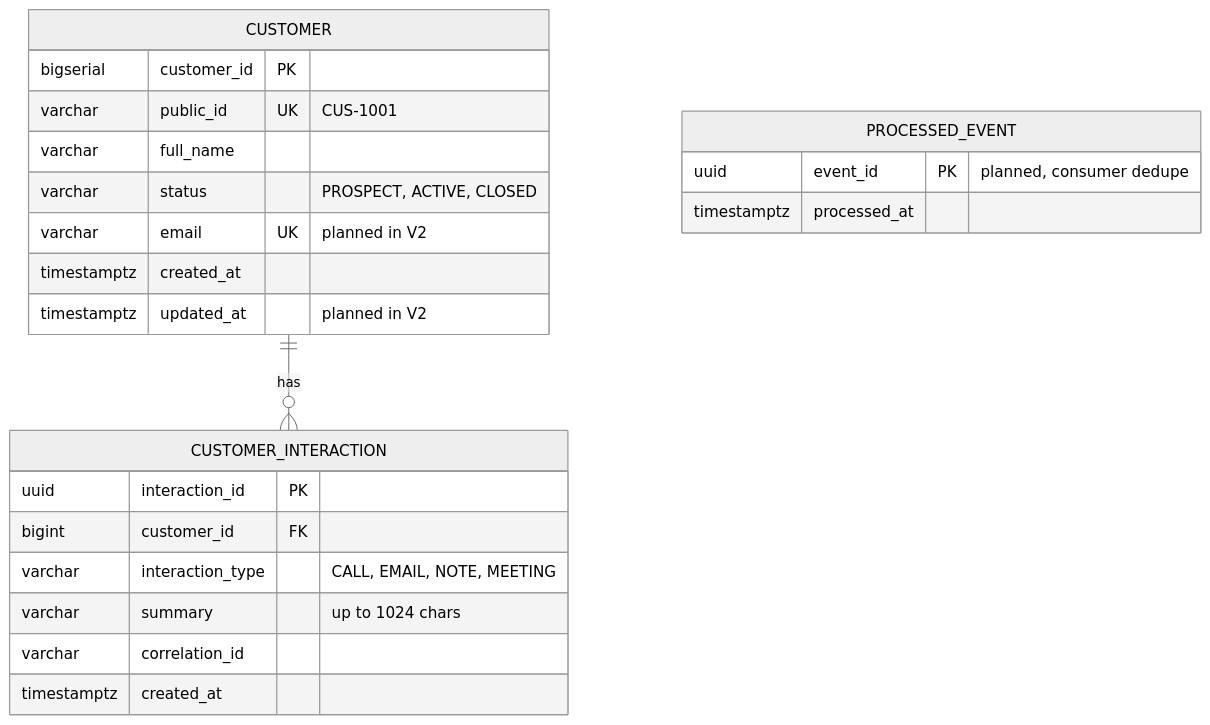
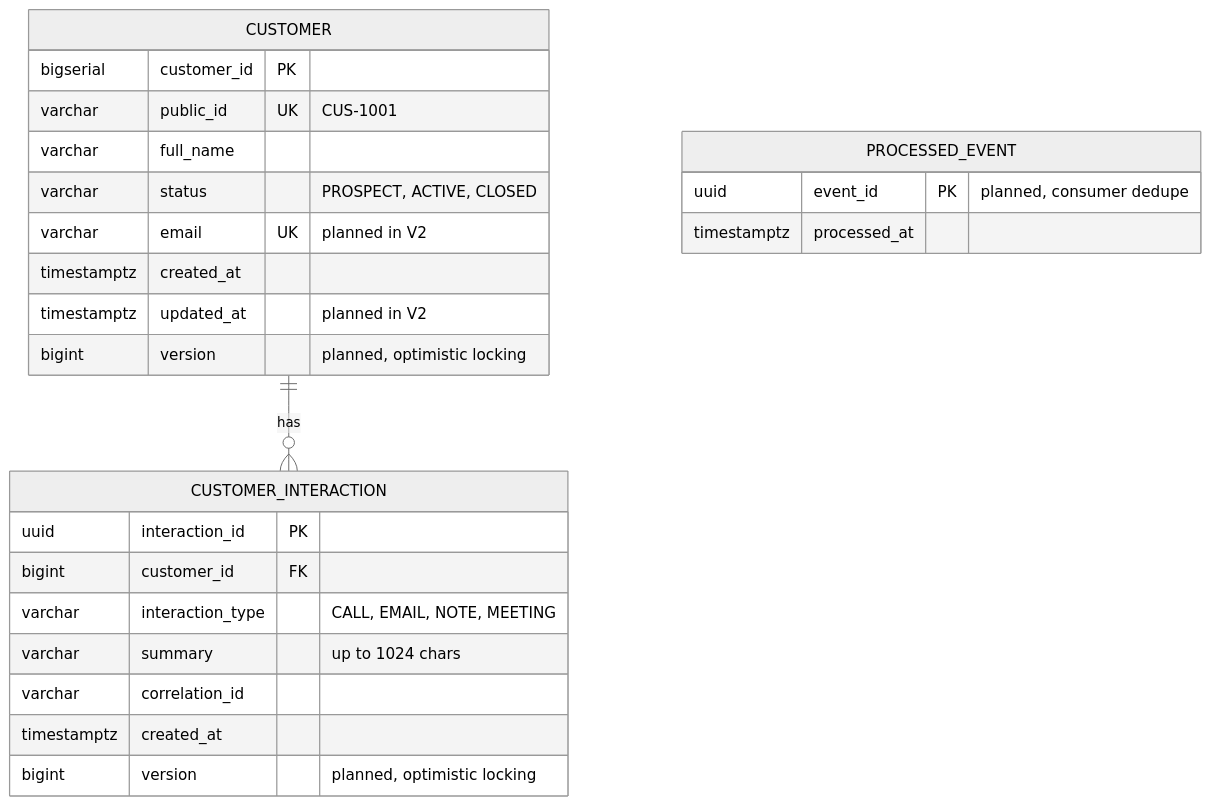
One commit to BrandonRobare/bean-brigade-customer-management-platform changed the sixth of 7 diagrams in docs/architecture.md. Above: the diagram before and after it, drawn with Mermaid (neutral theme). The commit also changed other lines of this file and 1 other file, not shown here.

````diff
--- a/docs/architecture.md
+++ b/docs/architecture.md
@@ -195,25 +201,27 @@
 ```mermaid
 erDiagram
     CUSTOMER ||--o{ CUSTOMER_INTERACTION: "has"
     CUSTOMER {
         bigserial customer_id PK
         varchar public_id UK "CUS-1001"
         varchar full_name
         varchar status "PROSPECT, ACTIVE, CLOSED"
         varchar email UK "planned in V2"
         timestamptz created_at
         timestamptz updated_at "planned in V2"
+        bigint version "planned, optimistic locking"
     }
     CUSTOMER_INTERACTION {
         uuid interaction_id PK
         bigint customer_id FK
         varchar interaction_type "CALL, EMAIL, NOTE, MEETING"
         varchar summary "up to 1024 chars"
         varchar correlation_id
         timestamptz created_at
+        bigint version "planned, optimistic locking"
     }
     PROCESSED_EVENT {
         uuid event_id PK "planned, consumer dedupe"
         timestamptz processed_at
     }
 ```
````
